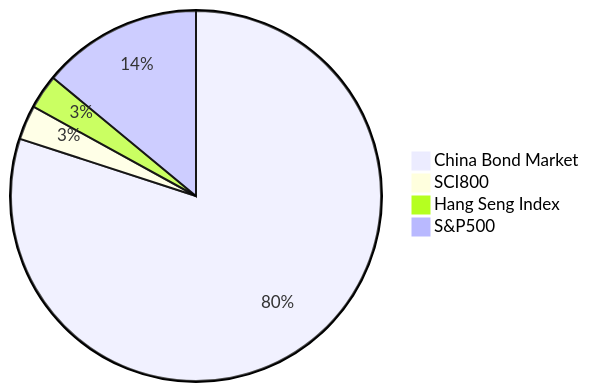
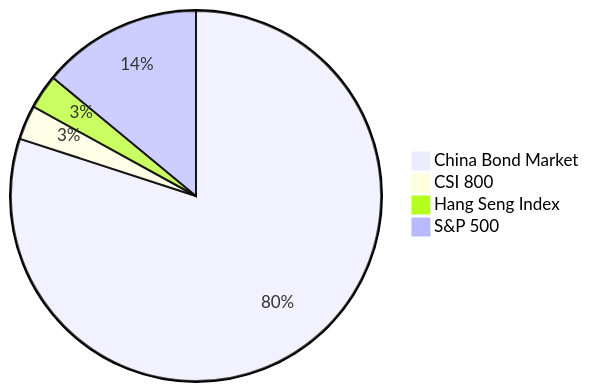
The first of 5 diagrams in chinese-couch-potato.md (low-earth-orbit/notes), drawn with Mermaid before and after one commit. The commit also changed other lines of this file, not shown here.

````diff
--- a/chinese-couch-potato.md
+++ b/chinese-couch-potato.md
@@ -93,7 +93,7 @@
 ```mermaid
 pie
 "China Bond Market" : 80
-"SCI800" : 3
+"CSI 800": 3
 "Hang Seng Index" : 3
-"S&P500" : 14
+"S&P 500" : 14
 ```
````
